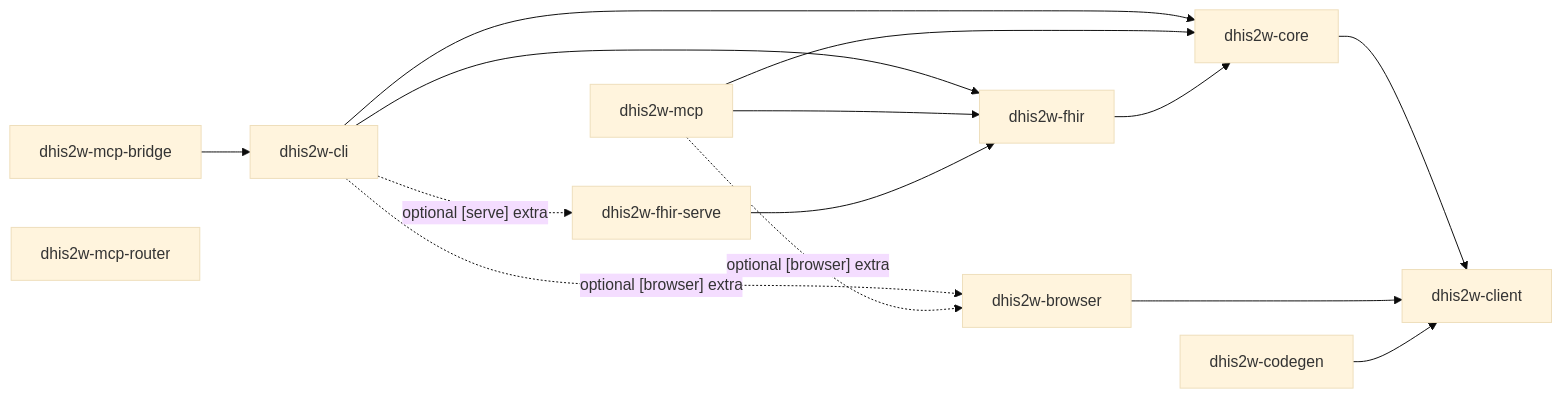
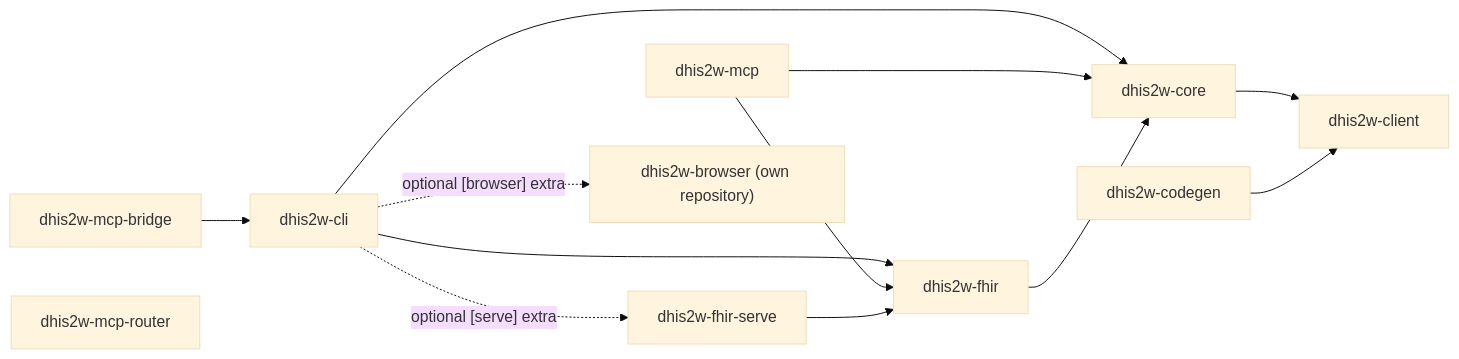
One commit to winterop-com/dhis2w changed the diagram in docs/architecture/overview.md. Above: the diagram before and after it, drawn with Mermaid (base theme). The commit also changed other lines of this file and 60 other files, not shown here.

First line of the commit message:
refactor: the browser is the dhis2w-browser pack

````diff
--- a/docs/architecture/overview.md
+++ b/docs/architecture/overview.md
@@ -55,27 +54,24 @@
 ```mermaid
 graph LR
     bridge["dhis2w-mcp-bridge"]
     cli["dhis2w-cli"]
     mcp["dhis2w-mcp"]
     router["dhis2w-mcp-router"]
     core["dhis2w-core"]
-    browser["dhis2w-browser"]
     codegen["dhis2w-codegen"]
     client["dhis2w-client"]
     fhir["dhis2w-fhir"]
     fhirserve["dhis2w-fhir-serve"]
 
     cli --> core
     mcp --> core
     cli --> fhir
     mcp --> fhir
     fhir --> core
     fhirserve --> fhir
     bridge --> cli
     core --> client
-    browser --> client
     codegen --> client
-    cli -.->|"optional [browser] extra"| browser
-    mcp -.->|"optional [browser] extra"| browser
+    cli -.->|"optional [browser] extra"| browser["dhis2w-browser (own repository)"]
     cli -.->|"optional [serve] extra"| fhirserve
 ```
````
